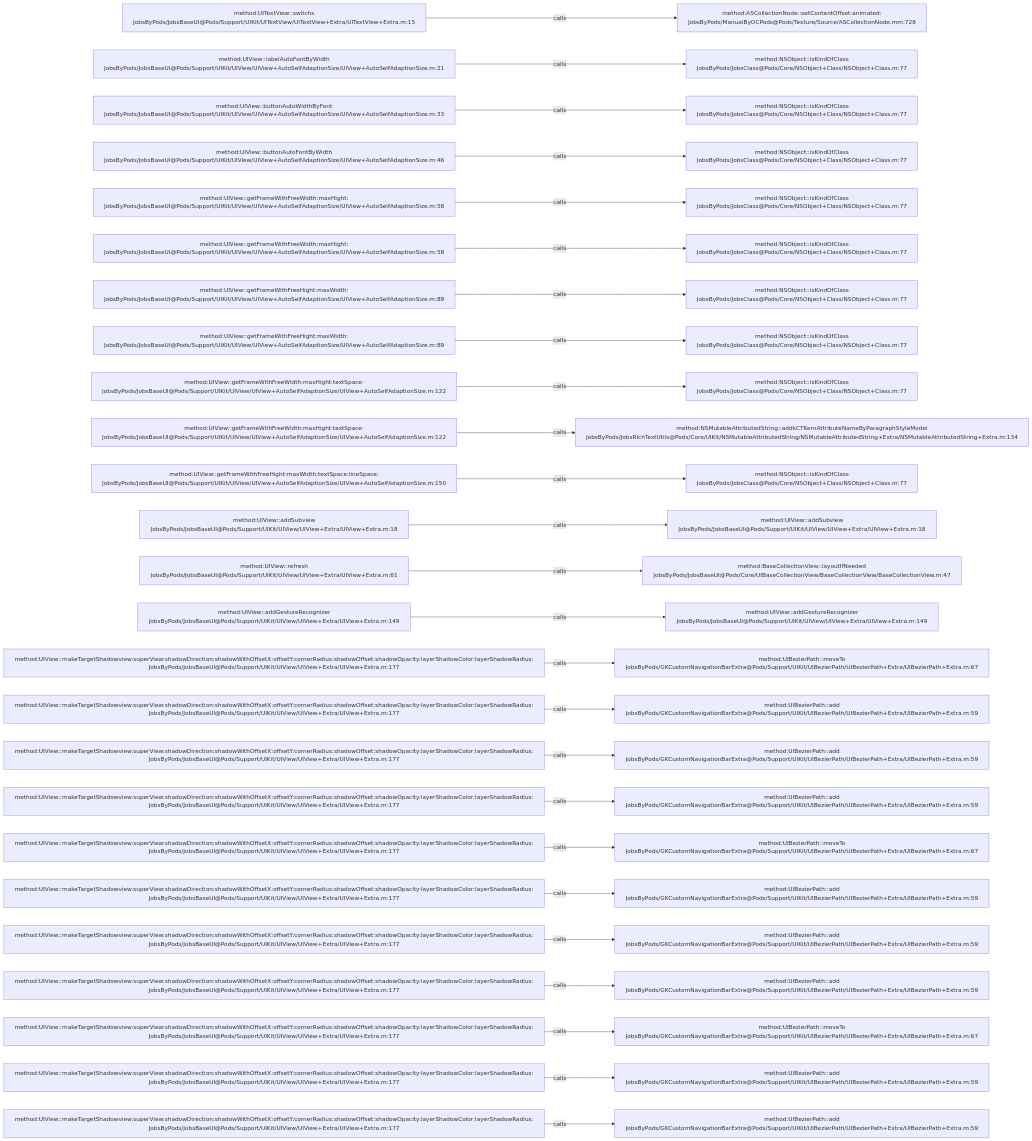
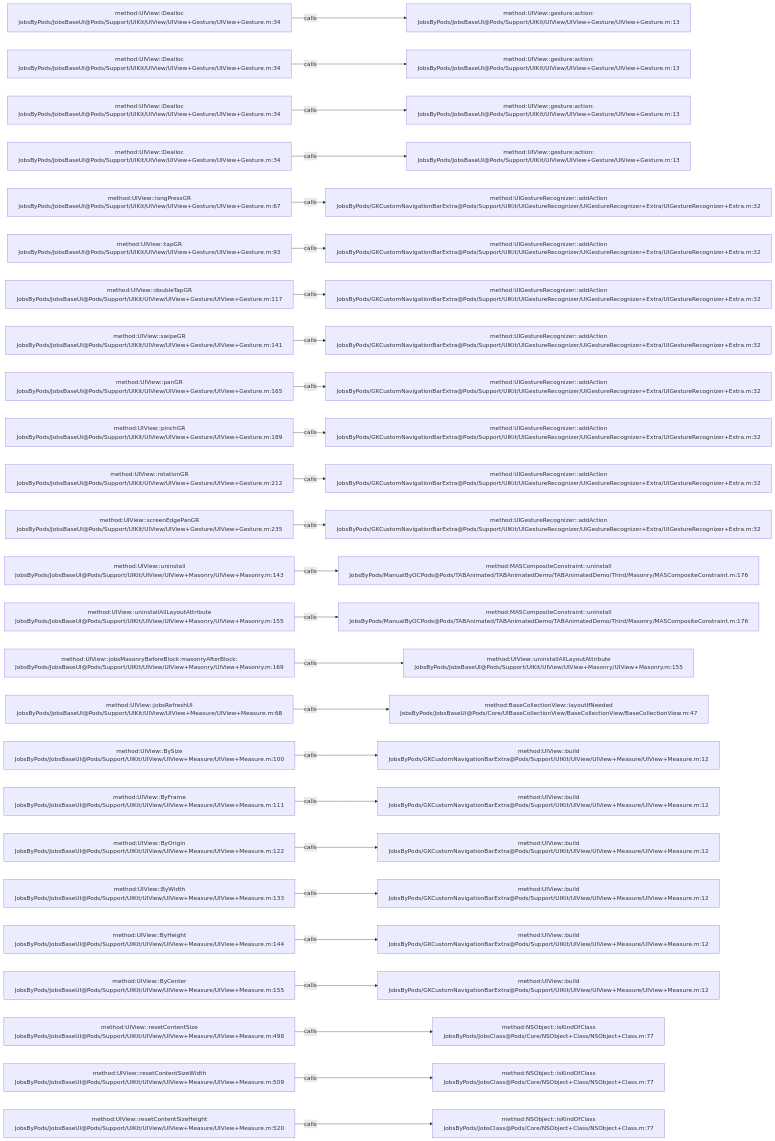
The diagram in .codegraph/codegraph.md/graphs/calls-046.md (JobsKits/JobsOCBaseConfigDemo), drawn with Mermaid before and after one commit. The commit also changed 639 other files, not shown here.

````diff
--- a/.codegraph/codegraph.md/graphs/calls-046.md
+++ b/.codegraph/codegraph.md/graphs/calls-046.md
@@ -13,78 +13,78 @@
 ```mermaid
 flowchart LR
-  S1["method:UITextView::switchs<br/>JobsByPods/JobsBaseUI@Pods/Support/UIKit/UITextView/UITextView+Extra/UITextView+Extra.m:15"]
-  T1["method:ASCollectionNode::setContentOffset:animated:<br/>JobsByPods/ManualByOCPods@Pods/Texture/Source/ASCollectionNode.mm:728"]
+  S1["method:UIView::Dealloc<br/>JobsByPods/JobsBaseUI@Pods/Support/UIKit/UIView/UIView+Gesture/UIView+Gesture.m:34"]
+  T1["method:UIView::gesture:action:<br/>JobsByPods/JobsBaseUI@Pods/Support/UIKit/UIView/UIView+Gesture/UIView+Gesture.m:13"]
   S1 -->|calls| T1
-  S2["method:UIView::labelAutoFontByWidth<br/>JobsByPods/JobsBaseUI@Pods/Support/UIKit/UIView/UIView+AutoSelfAdaptionSize/UIView+AutoSelfAdaptionSize.m:21"]
-  T2["method:NSObject::isKindOfClass<br/>JobsByPods/JobsClass@Pods/Core/NSObject+Class/NSObject+Class.m:77"]
+  S2["method:UIView::Dealloc<br/>JobsByPods/JobsBaseUI@Pods/Support/UIKit/UIView/UIView+Gesture/UIView+Gesture.m:34"]
+  T2["method:UIView::gesture:action:<br/>JobsByPods/JobsBaseUI@Pods/Support/UIKit/UIView/UIView+Gesture/UIView+Gesture.m:13"]
   S2 -->|calls| T2
-  S3["method:UIView::buttonAutoWidthByFont<br/>JobsByPods/JobsBaseUI@Pods/Support/UIKit/UIView/UIView+AutoSelfAdaptionSize/UIView+AutoSelfAdaptionSize.m:33"]
-  T3["method:NSObject::isKindOfClass<br/>JobsByPods/JobsClass@Pods/Core/NSObject+Class/NSObject+Class.m:77"]
+  S3["method:UIView::Dealloc<br/>JobsByPods/JobsBaseUI@Pods/Support/UIKit/UIView/UIView+Gesture/UIView+Gesture.m:34"]
+  T3["method:UIView::gesture:action:<br/>JobsByPods/JobsBaseUI@Pods/Support/UIKit/UIView/UIView+Gesture/UIView+Gesture.m:13"]
   S3 -->|calls| T3
-  S4["method:UIView::buttonAutoFontByWidth<br/>JobsByPods/JobsBaseUI@Pods/Support/UIKit/UIView/UIView+AutoSelfAdaptionSize/UIView+AutoSelfAdaptionSize.m:46"]
-  T4["method:NSObject::isKindOfClass<br/>JobsByPods/JobsClass@Pods/Core/NSObject+Class/NSObject+Class.m:77"]
+  S4["method:UIView::Dealloc<br/>JobsByPods/JobsBaseUI@Pods/Support/UIKit/UIView/UIView+Gesture/UIView+Gesture.m:34"]
+  T4["method:UIView::gesture:action:<br/>JobsByPods/JobsBaseUI@Pods/Support/UIKit/UIView/UIView+Gesture/UIView+Gesture.m:13"]
   S4 -->|calls| T4
-  S5["method:UIView::getFrameWithFreeWidth:maxHight:<br/>JobsByPods/JobsBaseUI@Pods/Support/UIKit/UIView/UIView+AutoSelfAdaptionSize/UIView+AutoSelfAdaptionSize.m:58"]
-  T5["method:NSObject::isKindOfClass<br/>JobsByPods/JobsClass@Pods/Core/NSObject+Class/NSObject+Class.m:77"]
+  S5["method:UIView::longPressGR<br/>JobsByPods/JobsBaseUI@Pods/Support/UIKit/UIView/UIView+Gesture/UIView+Gesture.m:67"]
+  T5["method:UIGestureRecognizer::addAction<br/>JobsByPods/GKCustomNavigationBarExtra@Pods/Support/UIKit/UIGestureRecognizer/UIGestureRecognizer+Extra/UIGestureRecognizer+Extra.m:32"]
   S5 -->|calls| T5
-  S6["method:UIView::getFrameWithFreeWidth:maxHight:<br/>JobsByPods/JobsBaseUI@Pods/Support/UIKit/UIView/UIView+AutoSelfAdaptionSize/UIView+AutoSelfAdaptionSize.m:58"]
-  T6["method:NSObject::isKindOfClass<br/>JobsByPods/JobsClass@Pods/Core/NSObject+Class/NSObject+Class.m:77"]
+  S6["method:UIView::tapGR<br/>JobsByPods/JobsBaseUI@Pods/Support/UIKit/UIView/UIView+Gesture/UIView+Gesture.m:93"]
+  T6["method:UIGestureRecognizer::addAction<br/>JobsByPods/GKCustomNavigationBarExtra@Pods/Support/UIKit/UIGestureRecognizer/UIGestureRecognizer+Extra/UIGestureRecognizer+Extra.m:32"]
   S6 -->|calls| T6
-  S7["method:UIView::getFrameWithFreeHight:maxWidth:<br/>JobsByPods/JobsBaseUI@Pods/Support/UIKit/UIView/UIView+AutoSelfAdaptionSize/UIView+AutoSelfAdaptionSize.m:89"]
-  T7["method:NSObject::isKindOfClass<br/>JobsByPods/JobsClass@Pods/Core/NSObject+Class/NSObject+Class.m:77"]
+  S7["method:UIView::doubleTapGR<br/>JobsByPods/JobsBaseUI@Pods/Support/UIKit/UIView/UIView+Gesture/UIView+Gesture.m:117"]
+  T7["method:UIGestureRecognizer::addAction<br/>JobsByPods/GKCustomNavigationBarExtra@Pods/Support/UIKit/UIGestureRecognizer/UIGestureRecognizer+Extra/UIGestureRecognizer+Extra.m:32"]
   S7 -->|calls| T7
-  S8["method:UIView::getFrameWithFreeHight:maxWidth:<br/>JobsByPods/JobsBaseUI@Pods/Support/UIKit/UIView/UIView+AutoSelfAdaptionSize/UIView+AutoSelfAdaptionSize.m:89"]
-  T8["method:NSObject::isKindOfClass<br/>JobsByPods/JobsClass@Pods/Core/NSObject+Class/NSObject+Class.m:77"]
+  S8["method:UIView::swipeGR<br/>JobsByPods/JobsBaseUI@Pods/Support/UIKit/UIView/UIView+Gesture/UIView+Gesture.m:141"]
+  T8["method:UIGestureRecognizer::addAction<br/>JobsByPods/GKCustomNavigationBarExtra@Pods/Support/UIKit/UIGestureRecognizer/UIGestureRecognizer+Extra/UIGestureRecognizer+Extra.m:32"]
   S8 -->|calls| T8
-  S9["method:UIView::getFrameWithFreeWidth:maxHight:textSpace:<br/>JobsByPods/JobsBaseUI@Pods/Support/UIKit/UIView/UIView+AutoSelfAdaptionSize/UIView+AutoSelfAdaptionSize.m:122"]
-  T9["method:NSObject::isKindOfClass<br/>JobsByPods/JobsClass@Pods/Core/NSObject+Class/NSObject+Class.m:77"]
+  S9["method:UIView::panGR<br/>JobsByPods/JobsBaseUI@Pods/Support/UIKit/UIView/UIView+Gesture/UIView+Gesture.m:165"]
+  T9["method:UIGestureRecognizer::addAction<br/>JobsByPods/GKCustomNavigationBarExtra@Pods/Support/UIKit/UIGestureRecognizer/UIGestureRecognizer+Extra/UIGestureRecognizer+Extra.m:32"]
   S9 -->|calls| T9
-  S10["method:UIView::getFrameWithFreeWidth:maxHight:textSpace:<br/>JobsByPods/JobsBaseUI@Pods/Support/UIKit/UIView/UIView+AutoSelfAdaptionSize/UIView+AutoSelfAdaptionSize.m:122"]
-  T10["method:NSMutableAttributedString::addkCTKernAttributeNameByParagraphStyleModel<br/>JobsByPods/JobsRichTextUtils@Pods/Core/UIKit/NSMutableAttributedString/NSMutableAttributedString+Extra/NSMutableAttributedString+Extra.m:134"]
+  S10["method:UIView::pinchGR<br/>JobsByPods/JobsBaseUI@Pods/Support/UIKit/UIView/UIView+Gesture/UIView+Gesture.m:189"]
+  T10["method:UIGestureRecognizer::addAction<br/>JobsByPods/GKCustomNavigationBarExtra@Pods/Support/UIKit/UIGestureRecognizer/UIGestureRecognizer+Extra/UIGestureRecognizer+Extra.m:32"]
   S10 -->|calls| T10
-  S11["method:UIView::getFrameWithFreeHight:maxWidth:textSpace:lineSpace:<br/>JobsByPods/JobsBaseUI@Pods/Support/UIKit/UIView/UIView+AutoSelfAdaptionSize/UIView+AutoSelfAdaptionSize.m:150"]
-  T11["method:NSObject::isKindOfClass<br/>JobsByPods/JobsClass@Pods/Core/NSObject+Class/NSObject+Class.m:77"]
+  S11["method:UIView::rotationGR<br/>JobsByPods/JobsBaseUI@Pods/Support/UIKit/UIView/UIView+Gesture/UIView+Gesture.m:212"]
+  T11["method:UIGestureRecognizer::addAction<br/>JobsByPods/GKCustomNavigationBarExtra@Pods/Support/UIKit/UIGestureRecognizer/UIGestureRecognizer+Extra/UIGestureRecognizer+Extra.m:32"]
   S11 -->|calls| T11
-  S12["method:UIView::addSubview<br/>JobsByPods/JobsBaseUI@Pods/Support/UIKit/UIView/UIView+Extra/UIView+Extra.m:18"]
-  T12["method:UIView::addSubview<br/>JobsByPods/JobsBaseUI@Pods/Support/UIKit/UIView/UIView+Extra/UIView+Extra.m:18"]
+  S12["method:UIView::screenEdgePanGR<br/>JobsByPods/JobsBaseUI@Pods/Support/UIKit/UIView/UIView+Gesture/UIView+Gesture.m:235"]
+  T12["method:UIGestureRecognizer::addAction<br/>JobsByPods/GKCustomNavigationBarExtra@Pods/Support/UIKit/UIGestureRecognizer/UIGestureRecognizer+Extra/UIGestureRecognizer+Extra.m:32"]
   S12 -->|calls| T12
-  S13["method:UIView::refresh<br/>JobsByPods/JobsBaseUI@Pods/Support/UIKit/UIView/UIView+Extra/UIView+Extra.m:61"]
-  T13["method:BaseCollectionView::layoutIfNeeded<br/>JobsByPods/JobsBaseUI@Pods/Core/UIBaseCollectionView/BaseCollectionView/BaseCollectionView.m:47"]
+  S13["method:UIView::uninstall<br/>JobsByPods/JobsBaseUI@Pods/Support/UIKit/UIView/UIView+Masonry/UIView+Masonry.m:143"]
+  T13["method:MASCompositeConstraint::uninstall<br/>JobsByPods/ManualByOCPods@Pods/TABAnimated/TABAnimatedDemo/TABAnimatedDemo/Third/Masonry/MASCompositeConstraint.m:176"]
   S13 -->|calls| T13
-  S14["method:UIView::addGestureRecognizer<br/>JobsByPods/JobsBaseUI@Pods/Support/UIKit/UIView/UIView+Extra/UIView+Extra.m:149"]
-  T14["method:UIView::addGestureRecognizer<br/>JobsByPods/JobsBaseUI@Pods/Support/UIKit/UIView/UIView+Extra/UIView+Extra.m:149"]
+  S14["method:UIView::uninstallAllLayoutAttribute<br/>JobsByPods/JobsBaseUI@Pods/Support/UIKit/UIView/UIView+Masonry/UIView+Masonry.m:155"]
+  T14["method:MASCompositeConstraint::uninstall<br/>JobsByPods/ManualByOCPods@Pods/TABAnimated/TABAnimatedDemo/TABAnimatedDemo/Third/Masonry/MASCompositeConstraint.m:176"]
   S14 -->|calls| T14
-  S15["method:UIView::makeTargetShadowview:superView:shadowDirection:shadowWithOffsetX:offsetY:cornerRadius:shadowOffset:shadowOpacity:layerShadowColor:layerShadowRadius:<br/>JobsByPods/JobsBaseUI@Pods/Support/UIKit/UIView/UIView+Extra/UIView+Extra.m:177"]
-  T15["method:UIBezierPath::moveTo<br/>JobsByPods/GKCustomNavigationBarExtra@Pods/Support/UIKit/UIBezierPath/UIBezierPath+Extra/UIBezierPath+Extra.m:67"]
+  S15["method:UIView::jobsMasonryBeforeBlock:masonryAfterBlock:<br/>JobsByPods/JobsBaseUI@Pods/Support/UIKit/UIView/UIView+Masonry/UIView+Masonry.m:169"]
+  T15["method:UIView::uninstallAllLayoutAttribute<br/>JobsByPods/JobsBaseUI@Pods/Support/UIKit/UIView/UIView+Masonry/UIView+Masonry.m:155"]
   S15 -->|calls| T15
-  S16["method:UIView::makeTargetShadowview:superView:shadowDirection:shadowWithOffsetX:offsetY:cornerRadius:shadowOffset:shadowOpacity:layerShadowColor:layerShadowRadius:<br/>JobsByPods/JobsBaseUI@Pods/Support/UIKit/UIView/UIView+Extra/UIView+Extra.m:177"]
-  T16["method:UIBezierPath::add<br/>JobsByPods/GKCustomNavigationBarExtra@Pods/Support/UIKit/UIBezierPath/UIBezierPath+Extra/UIBezierPath+Extra.m:59"]
+  S16["method:UIView::jobsRefreshUI<br/>JobsByPods/JobsBaseUI@Pods/Support/UIKit/UIView/UIView+Measure/UIView+Measure.m:68"]
+  T16["method:BaseCollectionView::layoutIfNeeded<br/>JobsByPods/JobsBaseUI@Pods/Core/UIBaseCollectionView/BaseCollectionView/BaseCollectionView.m:47"]
   S16 -->|calls| T16
-  S17["method:UIView::makeTargetShadowview:superView:shadowDirection:shadowWithOffsetX:offsetY:cornerRadius:shadowOffset:shadowOpacity:layerShadowColor:layerShadowRadius:<br/>JobsByPods/JobsBaseUI@Pods/Support/UIKit/UIView/UIView+Extra/UIView+Extra.m:177"]
-  T17["method:UIBezierPath::add<br/>JobsByPods/GKCustomNavigationBarExtra@Pods/Support/UIKit/UIBezierPath/UIBezierPath+Extra/UIBezierPath+Extra.m:59"]
+  S17["method:UIView::BySize<br/>JobsByPods/JobsBaseUI@Pods/Support/UIKit/UIView/UIView+Measure/UIView+Measure.m:100"]
+  T17["method:UIView::build<br/>JobsByPods/GKCustomNavigationBarExtra@Pods/Support/UIKit/UIView/UIView+Measure/UIView+Measure.m:12"]
   S17 -->|calls| T17
-  S18["method:UIView::makeTargetShadowview:superView:shadowDirection:shadowWithOffsetX:offsetY:cornerRadius:shadowOffset:shadowOpacity:layerShadowColor:layerShadowRadius:<br/>JobsByPods/JobsBaseUI@Pods/Support/UIKit/UIView/UIView+Extra/UIView+Extra.m:177"]
-  T18["method:UIBezierPath::add<br/>JobsByPods/GKCustomNavigationBarExtra@Pods/Support/UIKit/UIBezierPath/UIBezierPath+Extra/UIBezierPath+Extra.m:59"]
+  S18["method:UIView::ByFrame<br/>JobsByPods/JobsBaseUI@Pods/Support/UIKit/UIView/UIView+Measure/UIView+Measure.m:111"]
+  T18["method:UIView::build<br/>JobsByPods/GKCustomNavigationBarExtra@Pods/Support/UIKit/UIView/UIView+Measure/UIView+Measure.m:12"]
   S18 -->|calls| T18
-  S19["method:UIView::makeTargetShadowview:superView:shadowDirection:shadowWithOffsetX:offsetY:cornerRadius:shadowOffset:shadowOpacity:layerShadowColor:layerShadowRadius:<br/>JobsByPods/JobsBaseUI@Pods/Support/UIKit/UIView/UIView+Extra/UIView+Extra.m:177"]
-  T19["method:UIBezierPath::moveTo<br/>JobsByPods/GKCustomNavigationBarExtra@Pods/Support/UIKit/UIBezierPath/UIBezierPath+Extra/UIBezierPath+Extra.m:67"]
+  S19["method:UIView::ByOrigin<br/>JobsByPods/JobsBaseUI@Pods/Support/UIKit/UIView/UIView+Measure/UIView+Measure.m:122"]
+  T19["method:UIView::build<br/>JobsByPods/GKCustomNavigationBarExtra@Pods/Support/UIKit/UIView/UIView+Measure/UIView+Measure.m:12"]
   S19 -->|calls| T19
-  S20["method:UIView::makeTargetShadowview:superView:shadowDirection:shadowWithOffsetX:offsetY:cornerRadius:shadowOffset:shadowOpacity:layerShadowColor:layerShadowRadius:<br/>JobsByPods/JobsBaseUI@Pods/Support/UIKit/UIView/UIView+Extra/UIView+Extra.m:177"]
-  T20["method:UIBezierPath::add<br/>JobsByPods/GKCustomNavigationBarExtra@Pods/Support/UIKit/UIBezierPath/UIBezierPath+Extra/UIBezierPath+Extra.m:59"]
+  S20["method:UIView::ByWidth<br/>JobsByPods/JobsBaseUI@Pods/Support/UIKit/UIView/UIView+Measure/UIView+Measure.m:133"]
+  T20["method:UIView::build<br/>JobsByPods/GKCustomNavigationBarExtra@Pods/Support/UIKit/UIView/UIView+Measure/UIView+Measure.m:12"]
   S20 -->|calls| T20
-  S21["method:UIView::makeTargetShadowview:superView:shadowDirection:shadowWithOffsetX:offsetY:cornerRadius:shadowOffset:shadowOpacity:layerShadowColor:layerShadowRadius:<br/>JobsByPods/JobsBaseUI@Pods/Support/UIKit/UIView/UIView+Extra/UIView+Extra.m:177"]
-  T21["method:UIBezierPath::add<br/>JobsByPods/GKCustomNavigationBarExtra@Pods/Support/UIKit/UIBezierPath/UIBezierPath+Extra/UIBezierPath+Extra.m:59"]
+  S21["method:UIView::ByHeight<br/>JobsByPods/JobsBaseUI@Pods/Support/UIKit/UIView/UIView+Measure/UIView+Measure.m:144"]
+  T21["method:UIView::build<br/>JobsByPods/GKCustomNavigationBarExtra@Pods/Support/UIKit/UIView/UIView+Measure/UIView+Measure.m:12"]
   S21 -->|calls| T21
-  S22["method:UIView::makeTargetShadowview:superView:shadowDirection:shadowWithOffsetX:offsetY:cornerRadius:shadowOffset:shadowOpacity:layerShadowColor:layerShadowRadius:<br/>JobsByPods/JobsBaseUI@Pods/Support/UIKit/UIView/UIView+Extra/UIView+Extra.m:177"]
-  T22["method:UIBezierPath::add<br/>JobsByPods/GKCustomNavigationBarExtra@Pods/Support/UIKit/UIBezierPath/UIBezierPath+Extra/UIBezierPath+Extra.m:59"]
+  S22["method:UIView::ByCenter<br/>JobsByPods/JobsBaseUI@Pods/Support/UIKit/UIView/UIView+Measure/UIView+Measure.m:155"]
+  T22["method:UIView::build<br/>JobsByPods/GKCustomNavigationBarExtra@Pods/Support/UIKit/UIView/UIView+Measure/UIView+Measure.m:12"]
   S22 -->|calls| T22
-  S23["method:UIView::makeTargetShadowview:superView:shadowDirection:shadowWithOffsetX:offsetY:cornerRadius:shadowOffset:shadowOpacity:layerShadowColor:layerShadowRadius:<br/>JobsByPods/JobsBaseUI@Pods/Support/UIKit/UIView/UIView+Extra/UIView+Extra.m:177"]
-  T23["method:UIBezierPath::moveTo<br/>JobsByPods/GKCustomNavigationBarExtra@Pods/Support/UIKit/UIBezierPath/UIBezierPath+Extra/UIBezierPath+Extra.m:67"]
+  S23["method:UIView::resetContentSize<br/>JobsByPods/JobsBaseUI@Pods/Support/UIKit/UIView/UIView+Measure/UIView+Measure.m:498"]
+  T23["method:NSObject::isKindOfClass<br/>JobsByPods/JobsClass@Pods/Core/NSObject+Class/NSObject+Class.m:77"]
   S23 -->|calls| T23
-  S24["method:UIView::makeTargetShadowview:superView:shadowDirection:shadowWithOffsetX:offsetY:cornerRadius:shadowOffset:shadowOpacity:layerShadowColor:layerShadowRadius:<br/>JobsByPods/JobsBaseUI@Pods/Support/UIKit/UIView/UIView+Extra/UIView+Extra.m:177"]
-  T24["method:UIBezierPath::add<br/>JobsByPods/GKCustomNavigationBarExtra@Pods/Support/UIKit/UIBezierPath/UIBezierPath+Extra/UIBezierPath+Extra.m:59"]
+  S24["method:UIView::resetContentSizeWidth<br/>JobsByPods/JobsBaseUI@Pods/Support/UIKit/UIView/UIView+Measure/UIView+Measure.m:509"]
+  T24["method:NSObject::isKindOfClass<br/>JobsByPods/JobsClass@Pods/Core/NSObject+Class/NSObject+Class.m:77"]
   S24 -->|calls| T24
-  S25["method:UIView::makeTargetShadowview:superView:shadowDirection:shadowWithOffsetX:offsetY:cornerRadius:shadowOffset:shadowOpacity:layerShadowColor:layerShadowRadius:<br/>JobsByPods/JobsBaseUI@Pods/Support/UIKit/UIView/UIView+Extra/UIView+Extra.m:177"]
-  T25["method:UIBezierPath::add<br/>JobsByPods/GKCustomNavigationBarExtra@Pods/Support/UIKit/UIBezierPath/UIBezierPath+Extra/UIBezierPath+Extra.m:59"]
+  S25["method:UIView::resetContentSizeHeight<br/>JobsByPods/JobsBaseUI@Pods/Support/UIKit/UIView/UIView+Measure/UIView+Measure.m:520"]
+  T25["method:NSObject::isKindOfClass<br/>JobsByPods/JobsClass@Pods/Core/NSObject+Class/NSObject+Class.m:77"]
   S25 -->|calls| T25
 ```
````
